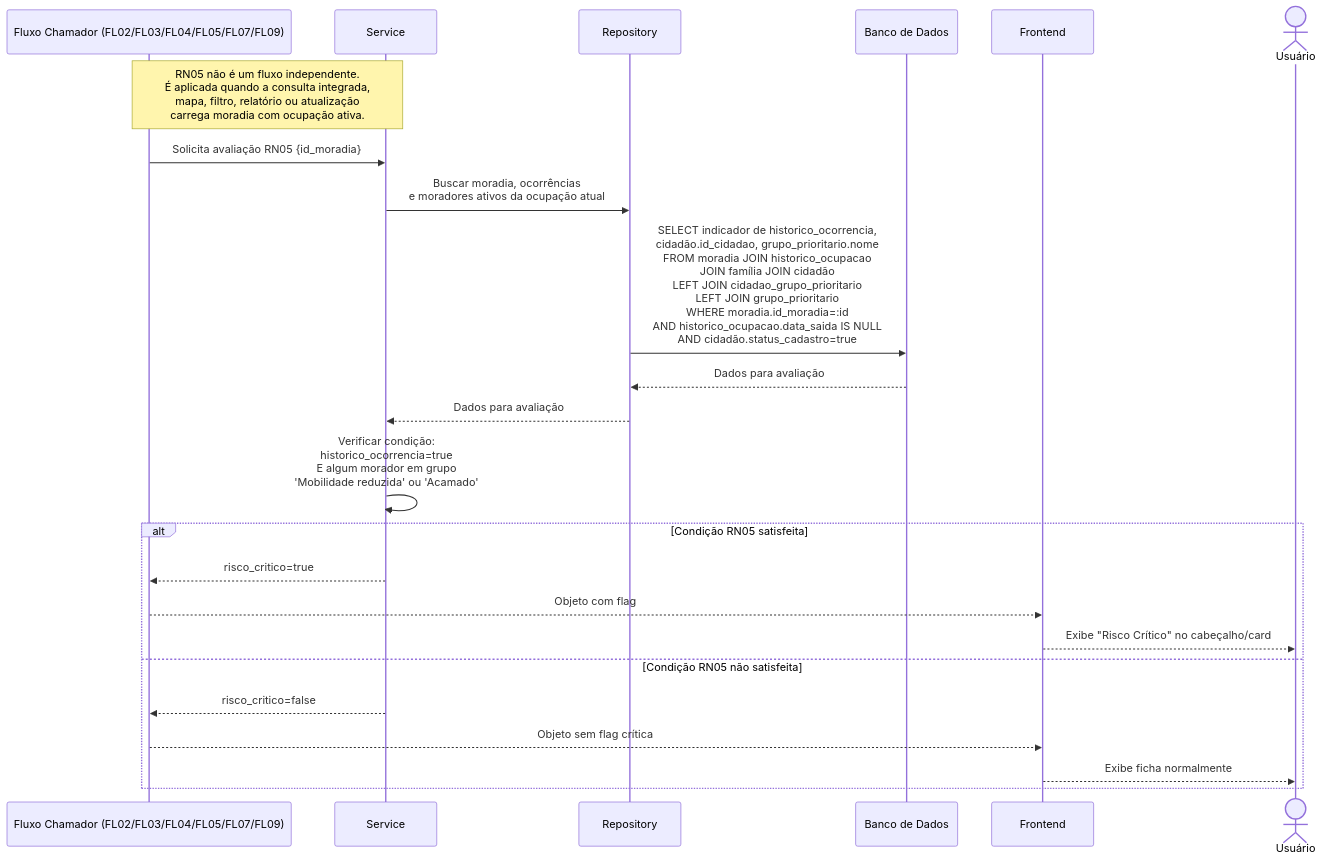
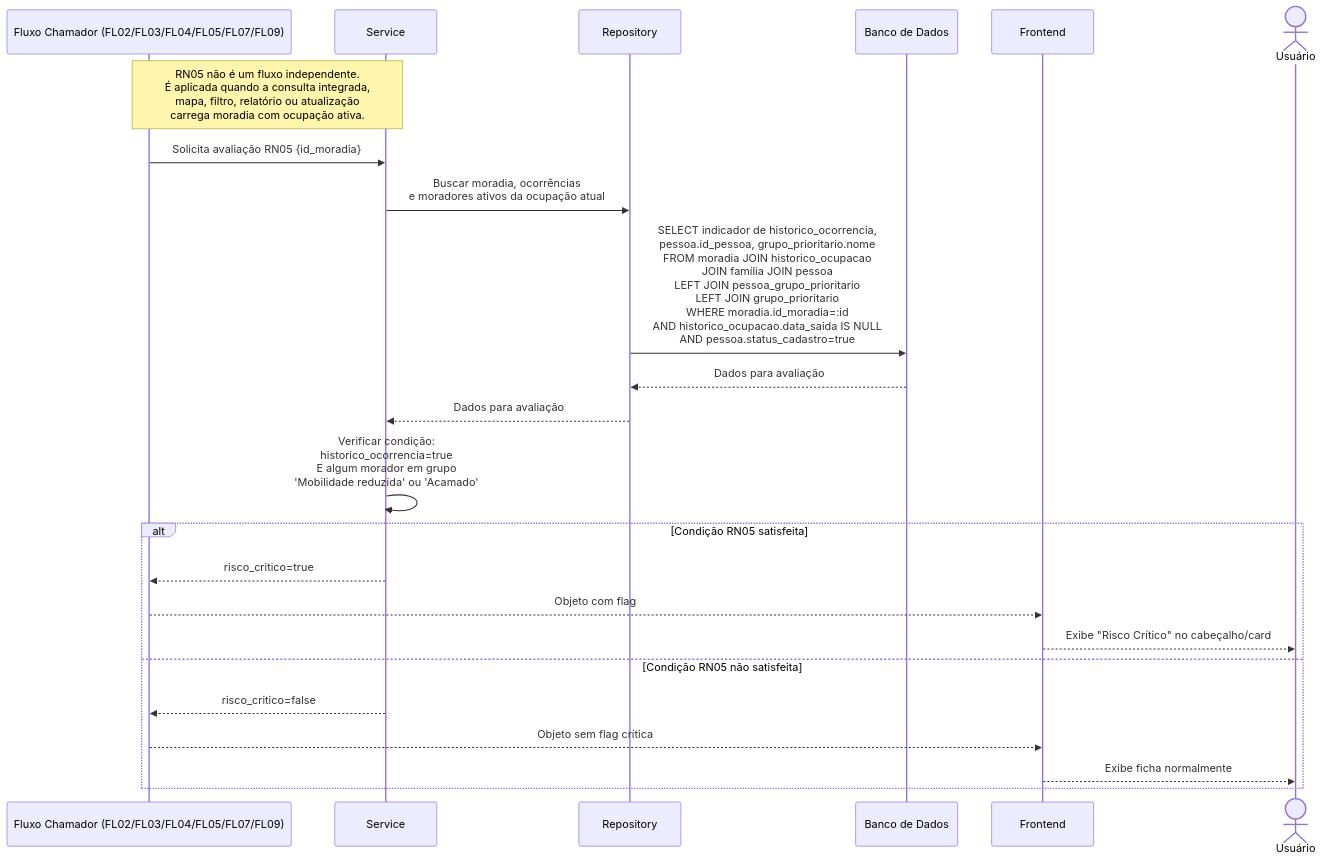
One commit to davitricarico-wq/g03 changed diagram 11 of 12 in documentos/wad.md. Above: the diagram before and after it, drawn with Mermaid. The commit also changed other lines of this file, not shown here.

Commit message:
doc(diagrama-sequencia-3.2.4): atualização dos diagramas, alterando nomenclaturas de entidades, endpoints implementados. Deixando de acordo com escopo atual. [card#153]

````diff
--- a/documentos/wad.md
+++ b/documentos/wad.md
@@ -1138,29 +1127,29 @@
 ```mermaid
 sequenceDiagram
     participant Chamador as Fluxo Chamador (FL02/FL03/FL04/FL05/FL07/FL09)
     participant Service as Service
     participant Repository as Repository
     participant DB as Banco de Dados
     participant Frontend as Frontend
     actor Usuario as Usuário
 
     Note over Chamador,Service: RN05 não é um fluxo independente.<br/>É aplicada quando a consulta integrada,<br/>mapa, filtro, relatório ou atualização<br/>carrega moradia com ocupação ativa.
 
     Chamador->>Service: Solicita avaliação RN05 {id_moradia}
     Service->>Repository: Buscar moradia, ocorrências<br/>e moradores ativos da ocupação atual
-    Repository->>DB: SELECT indicador de historico_ocorrencia,<br/>cidadão.id_cidadao, grupo_prioritario.nome<br/>FROM moradia JOIN historico_ocupacao<br/>JOIN família JOIN cidadão<br/>LEFT JOIN cidadao_grupo_prioritario<br/>LEFT JOIN grupo_prioritario<br/>WHERE moradia.id_moradia=:id<br/>AND historico_ocupacao.data_saida IS NULL<br/>AND cidadão.status_cadastro=true
+    Repository->>DB: SELECT indicador de historico_ocorrencia,<br/>pessoa.id_pessoa, grupo_prioritario.nome<br/>FROM moradia JOIN historico_ocupacao<br/>JOIN família JOIN pessoa<br/>LEFT JOIN pessoa_grupo_prioritario<br/>LEFT JOIN grupo_prioritario<br/>WHERE moradia.id_moradia=:id<br/>AND historico_ocupacao.data_saida IS NULL<br/>AND pessoa.status_cadastro=true
     DB-->>Repository: Dados para avaliação
     Repository-->>Service: Dados para avaliação
 
     Service->>Service: Verificar condição:<br/>historico_ocorrencia=true<br/>E algum morador em grupo<br/>'Mobilidade reduzida' ou 'Acamado'
 
     alt Condição RN05 satisfeita
         Service-->>Chamador: risco_critico=true
         Chamador-->>Frontend: Objeto com flag
         Frontend-->>Usuario: Exibe "Risco Crítico" no cabeçalho/card
     else Condição RN05 não satisfeita
         Service-->>Chamador: risco_critico=false
         Chamador-->>Frontend: Objeto sem flag crítica
         Frontend-->>Usuario: Exibe ficha normalmente
     end
 ```
````
